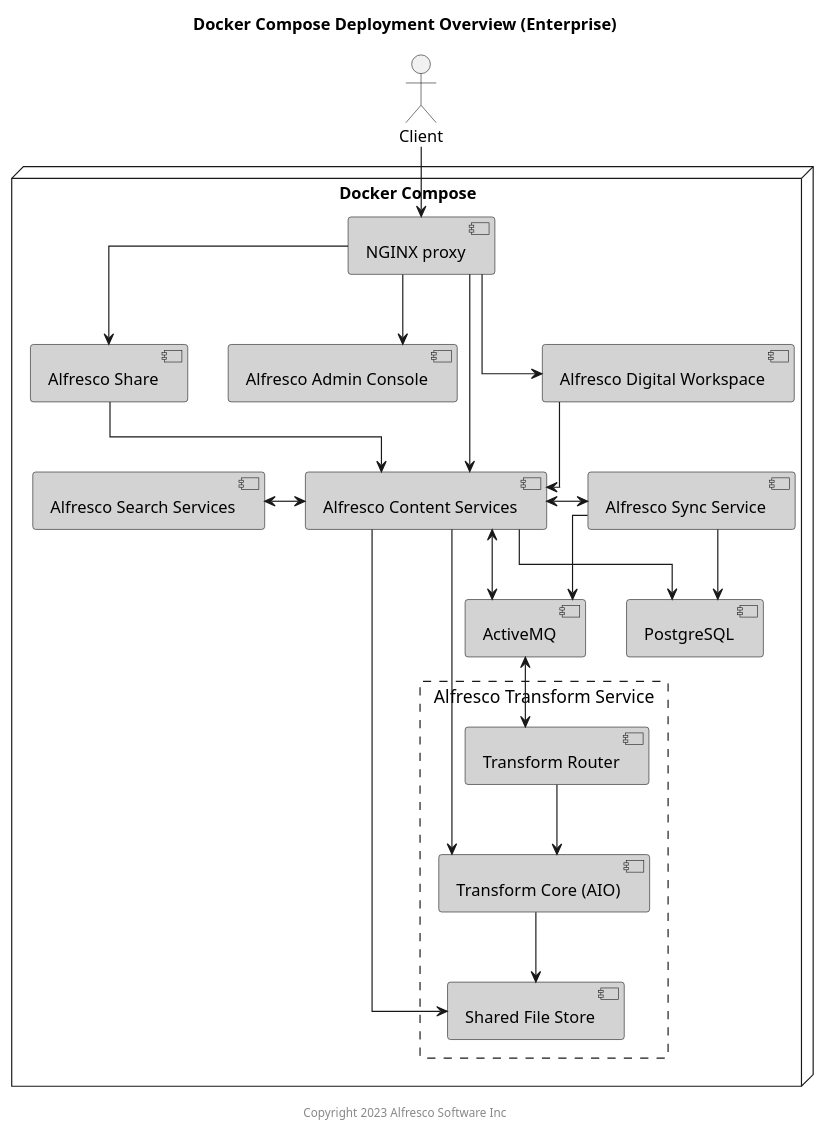
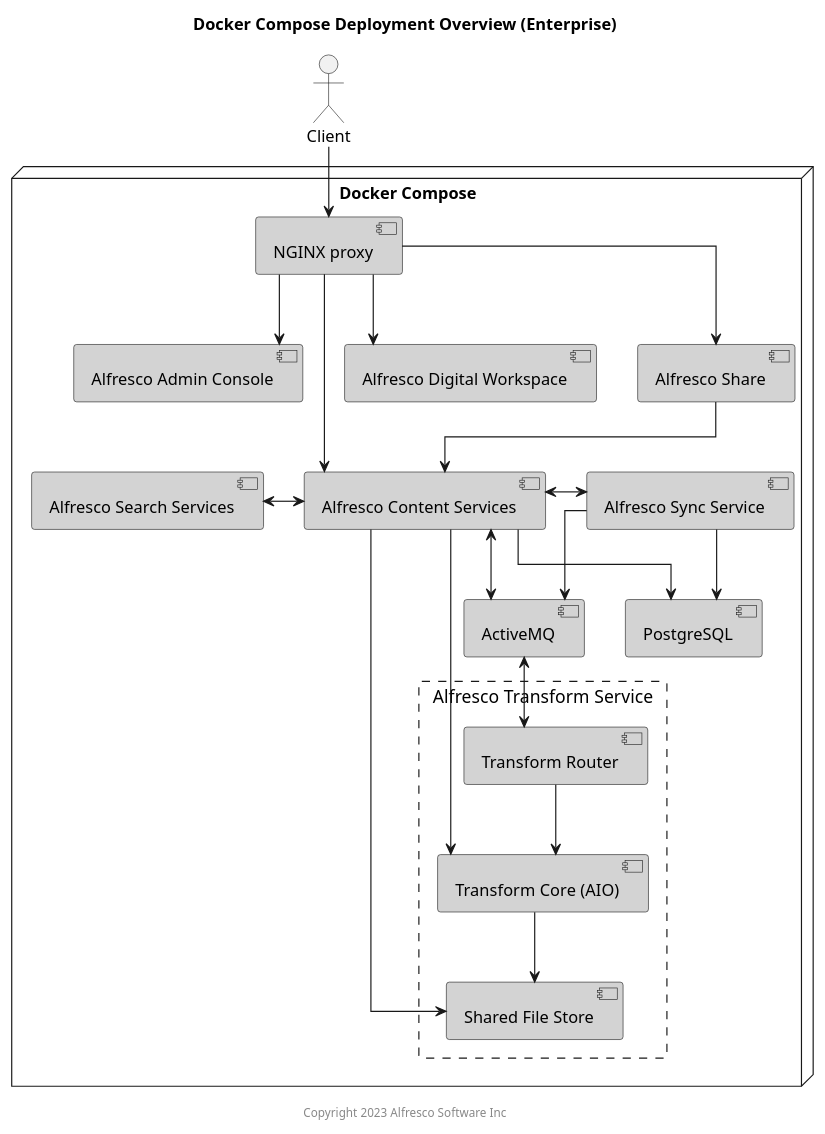
The diagram in docs/docker-compose/diagrams/docker-compose-enterprise.puml (Alfresco/acs-deployment), drawn with PlantUML before and after one commit. The commit also changed 2 other files, not shown here.

Commit message:
Regenerate enterprise diagram without adw-acs

```diff
--- a/docs/docker-compose/diagrams/docker-compose-enterprise.puml
+++ b/docs/docker-compose/diagrams/docker-compose-enterprise.puml
@@ -1,56 +1,55 @@
 @startuml
 
 Title: Docker Compose Deployment Overview (Enterprise)
 
 skinparam componentStyle uml2
 skinparam linetype ortho
 skinparam rectangle {
     BorderStyle dashed
     FontSize 15
     FontStyle none
 }
 
 actor Client
 
 node "Docker Compose" {
     component "NGINX proxy" as proxy #lightgrey
     component "Alfresco Admin Console" as aac #lightgrey
     component "Alfresco Digital Workspace" as adw #lightgrey
     component "Alfresco Content Services" as acs #lightgrey
     component "Alfresco Search Services" as ass #lightgrey
     component "Alfresco Sync Service" as sync #lightgrey
     component "PostgreSQL" as psql #lightgrey
     component "Alfresco Share" as share #lightgrey
     component "ActiveMQ" as amq #lightgrey
     rectangle "Alfresco Transform Service" {
         component "Transform Router" as tr #lightgrey
         component "Shared File Store" as sfs #lightgrey
         component "Transform Core (AIO)" as tcore #lightgrey
     }
 }
 
 Client --> proxy
 
 proxy --> aac
 proxy --> share
 proxy --> adw
 proxy --> acs
 
-adw --> acs
 share --> acs
 acs <-left-> ass
 sync <-left-> acs
 sync --> psql
 sync --> amq
 acs --> psql
 acs --> tcore
 acs --> sfs
 acs <--> amq
 tr --> tcore
 tr <-up-> amq
 tcore --> sfs
 
 
 center footer Copyright 2023 Alfresco Software Inc
 
 @enduml
```
